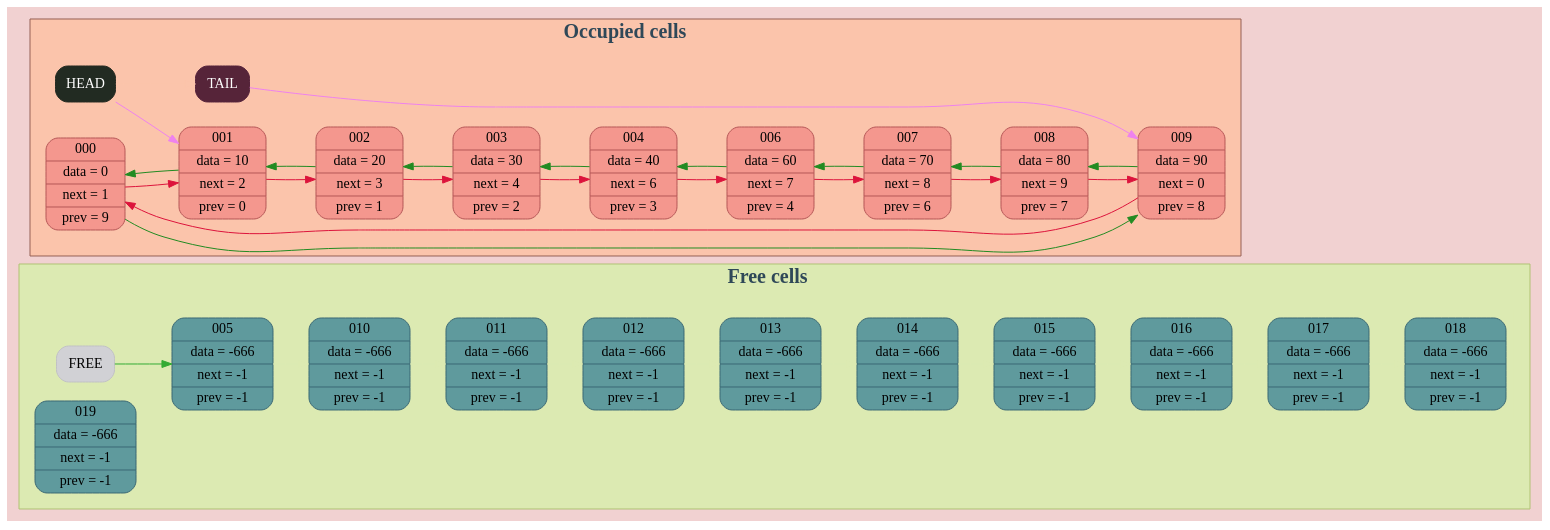
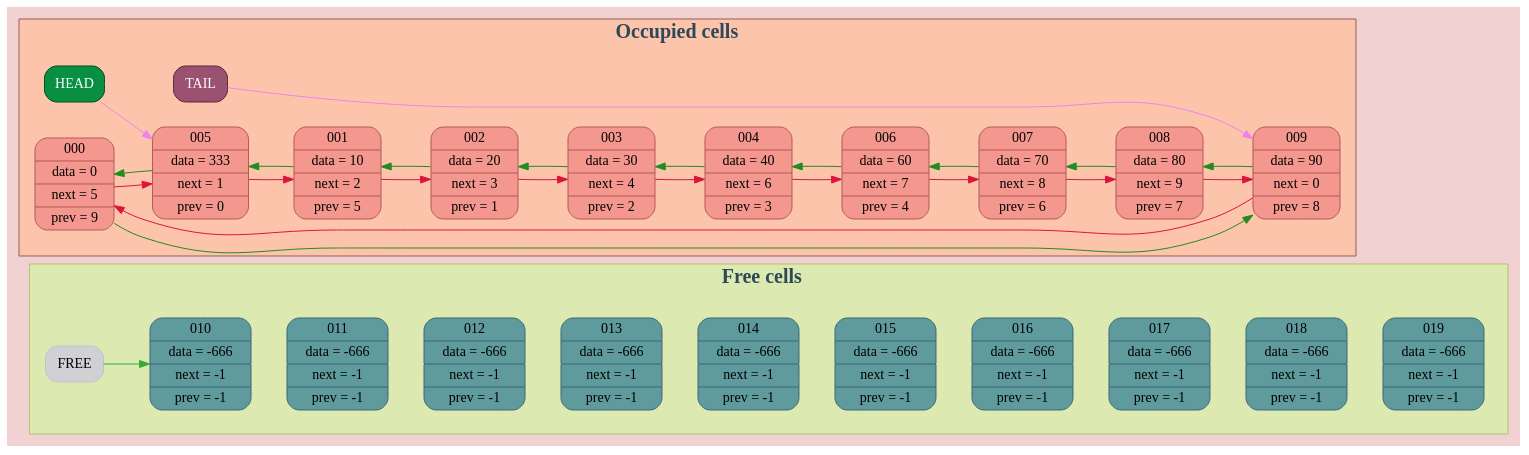
Before and after one commit to TolikRogov/List: the diagram in dump/graph.dot, drawn with Graphviz. The commit also changed 24 other files, not shown here.

```diff
--- a/dump/graph.dot
+++ b/dump/graph.dot
@@ -1,111 +1,108 @@
 digraph {
 	rankdir = LR;
 	fontname = "UbuntuMono";
 	bgcolor = "#F1D1D1";
 
 	subgraph cluster_free {
 		bgcolor = "#DCEAB2";
 		color = "#b1c274";
 		label = <<B>Free cells</B>>;
 		fontcolor = "#2F4858";
 		fontsize = "20px";
 
 		subgraph cluster_Free {
 			peripheries = 0
 			label = "";
 			nodeFree [ shape = Mrecord; style = filled; fillcolor = "#D1D1D5"; color = "#C1C1C5"; fontcolor = "black"; label = "FREE"; ];
 		}
 
 		subgraph cluster_free {
 			peripheries = 0
 			label = "";
-			node005 [ shape = Mrecord; style = filled; fillcolor = "#5F9A9D"; color = "#3B6874"; label = " 005 | data = -666 | next = -1 | prev = -1 " ];
 			node010 [ shape = Mrecord; style = filled; fillcolor = "#5F9A9D"; color = "#3B6874"; label = " 010 | data = -666 | next = -1 | prev = -1 " ];
 			node011 [ shape = Mrecord; style = filled; fillcolor = "#5F9A9D"; color = "#3B6874"; label = " 011 | data = -666 | next = -1 | prev = -1 " ];
 			node012 [ shape = Mrecord; style = filled; fillcolor = "#5F9A9D"; color = "#3B6874"; label = " 012 | data = -666 | next = -1 | prev = -1 " ];
 			node013 [ shape = Mrecord; style = filled; fillcolor = "#5F9A9D"; color = "#3B6874"; label = " 013 | data = -666 | next = -1 | prev = -1 " ];
 			node014 [ shape = Mrecord; style = filled; fillcolor = "#5F9A9D"; color = "#3B6874"; label = " 014 | data = -666 | next = -1 | prev = -1 " ];
 			node015 [ shape = Mrecord; style = filled; fillcolor = "#5F9A9D"; color = "#3B6874"; label = " 015 | data = -666 | next = -1 | prev = -1 " ];
 			node016 [ shape = Mrecord; style = filled; fillcolor = "#5F9A9D"; color = "#3B6874"; label = " 016 | data = -666 | next = -1 | prev = -1 " ];
 			node017 [ shape = Mrecord; style = filled; fillcolor = "#5F9A9D"; color = "#3B6874"; label = " 017 | data = -666 | next = -1 | prev = -1 " ];
 			node018 [ shape = Mrecord; style = filled; fillcolor = "#5F9A9D"; color = "#3B6874"; label = " 018 | data = -666 | next = -1 | prev = -1 " ];
 			node019 [ shape = Mrecord; style = filled; fillcolor = "#5F9A9D"; color = "#3B6874"; label = " 019 | data = -666 | next = -1 | prev = -1 " ];
 
 			subgraph cluster_free000 {
 				peripheries = 0
 				label = "";
-				node005 -> node010 [ weight = 1000; color = "#DCEAB2"; ];
 				node010 -> node011 [ weight = 1000; color = "#DCEAB2"; ];
 				node011 -> node012 [ weight = 1000; color = "#DCEAB2"; ];
 				node012 -> node013 [ weight = 1000; color = "#DCEAB2"; ];
 				node013 -> node014 [ weight = 1000; color = "#DCEAB2"; ];
 				node014 -> node015 [ weight = 1000; color = "#DCEAB2"; ];
 				node015 -> node016 [ weight = 1000; color = "#DCEAB2"; ];
 				node016 -> node017 [ weight = 1000; color = "#DCEAB2"; ];
 				node017 -> node018 [ weight = 1000; color = "#DCEAB2"; ];
+				node018 -> node019 [ weight = 1000; color = "#DCEAB2"; ];
 			}
 
-			subgraph cluster_free001 {
-				peripheries = 0
-				label = "";
-			}
-
-			nodeFree -> node005 [ weight = 1000; color = "#34AB34"; ];
+			nodeFree -> node010 [ weight = 1000; color = "#34AB34"; ];
 
 		}
 	}
 
 
 	subgraph cluster_captive {
 		bgcolor = "#FBC4AB";
 		color = "#966156";
 		label = <<B>Occupied cells</B>>;
 		fontcolor = "#2F4858";
 		fontsize = "20px";
 
 		subgraph cluster_HeadAndTail {
 			peripheries = 0
 			label = "";
-			nodeHead [ shape = Mrecord; style = filled; fillcolor = "#222B22"; color = "#262B22"; fontcolor = "white"; label = "HEAD"; ];
-			nodeTail [ shape = Mrecord; style = filled; fillcolor = "#562439"; color = "#56243C"; fontcolor = "white"; label = "TAIL"; ];
+			nodeHead [ shape = Mrecord; style = filled; fillcolor = "#088F41"; color = "#014920"; fontcolor = "white"; label = "HEAD"; ];
+			nodeTail [ shape = Mrecord; style = filled; fillcolor = "#9B5170"; color = "#56243C"; fontcolor = "white"; label = "TAIL"; ];
 			nodeHead -> nodeTail [ color = "#FBC4AB"; ];
 		}
 
 		subgraph cluster_occupied {
 			peripheries = 0
 			label = "";
-			node000 [ shape = Mrecord; style = filled; fillcolor = "#F4978E"; color = "#B55757"; label = " 000 | data = 0 | next = 1 | prev = 9 "; ];
-			node001 [ shape = Mrecord; style = filled; fillcolor = "#F4978E"; color = "#B55757"; label = " 001 | data = 10 | next = 2 | prev = 0 "; ];
+			node000 [ shape = Mrecord; style = filled; fillcolor = "#F4978E"; color = "#B55757"; label = " 000 | data = 0 | next = 5 | prev = 9 "; ];
+			node001 [ shape = Mrecord; style = filled; fillcolor = "#F4978E"; color = "#B55757"; label = " 001 | data = 10 | next = 2 | prev = 5 "; ];
 			node002 [ shape = Mrecord; style = filled; fillcolor = "#F4978E"; color = "#B55757"; label = " 002 | data = 20 | next = 3 | prev = 1 "; ];
 			node003 [ shape = Mrecord; style = filled; fillcolor = "#F4978E"; color = "#B55757"; label = " 003 | data = 30 | next = 4 | prev = 2 "; ];
 			node004 [ shape = Mrecord; style = filled; fillcolor = "#F4978E"; color = "#B55757"; label = " 004 | data = 40 | next = 6 | prev = 3 "; ];
+			node005 [ shape = Mrecord; style = filled; fillcolor = "#F4978E"; color = "#B55757"; label = " 005 | data = 333 | next = 1 | prev = 0 "; ];
 			node006 [ shape = Mrecord; style = filled; fillcolor = "#F4978E"; color = "#B55757"; label = " 006 | data = 60 | next = 7 | prev = 4 "; ];
 			node007 [ shape = Mrecord; style = filled; fillcolor = "#F4978E"; color = "#B55757"; label = " 007 | data = 70 | next = 8 | prev = 6 "; ];
 			node008 [ shape = Mrecord; style = filled; fillcolor = "#F4978E"; color = "#B55757"; label = " 008 | data = 80 | next = 9 | prev = 7 "; ];
 			node009 [ shape = Mrecord; style = filled; fillcolor = "#F4978E"; color = "#B55757"; label = " 009 | data = 90 | next = 0 | prev = 8 "; ];
 
-			node000 -> node001 [ color = "#DC143C"; ];
+			node000 -> node005 [ color = "#DC143C"; ];
 			node000 -> node009 [ color = "#228B22"; ];
-			nodeHead -> node001 [ color = "violet"; ];
 			node001 -> node002 [ color = "#DC143C"; ];
-			node001 -> node000 [ color = "#228B22"; ];
+			node001 -> node005 [ color = "#228B22"; ];
 			node002 -> node003 [ color = "#DC143C"; ];
 			node002 -> node001 [ color = "#228B22"; ];
 			node003 -> node004 [ color = "#DC143C"; ];
 			node003 -> node002 [ color = "#228B22"; ];
 			node004 -> node006 [ color = "#DC143C"; ];
 			node004 -> node003 [ color = "#228B22"; ];
+			nodeHead -> node005 [ color = "violet"; ];
+			node005 -> node001 [ color = "#DC143C"; ];
+			node005 -> node000 [ color = "#228B22"; ];
 			node006 -> node007 [ color = "#DC143C"; ];
 			node006 -> node004 [ color = "#228B22"; ];
 			node007 -> node008 [ color = "#DC143C"; ];
 			node007 -> node006 [ color = "#228B22"; ];
 			node008 -> node009 [ color = "#DC143C"; ];
 			node008 -> node007 [ color = "#228B22"; ];
 			nodeTail -> node009 [ color = "violet"; ];
 			node009 -> node000 [ color = "#DC143C"; ];
 			node009 -> node008 [ color = "#228B22"; ];
 		}
 
 	}
 
 }
```
